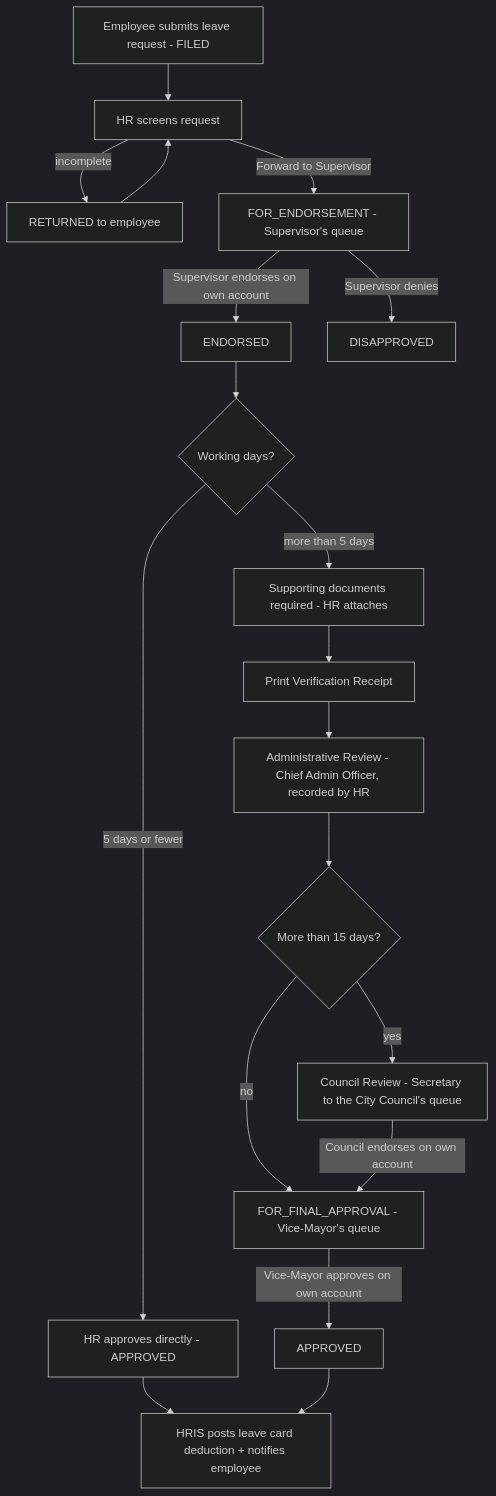
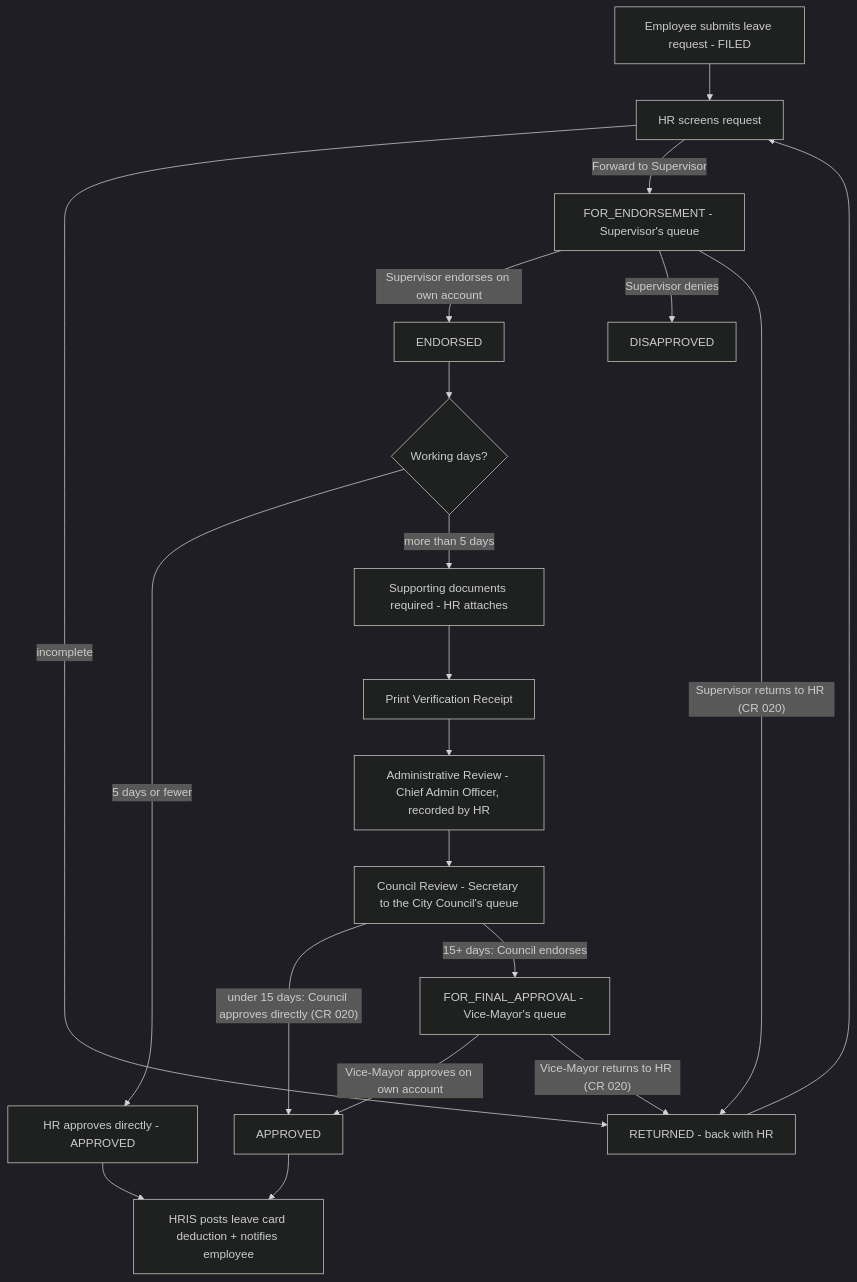
One commit to olseatech/HRIS_WEB01 changed the diagram in docs/leave/LEAVE_PROCESS_FLOW.md. Above: the diagram before and after it, drawn with Mermaid (dark theme). The commit also changed other lines of this file and 15 other files, not shown here.

First line of the commit message:
CR Request ID 020: unified Verified By signatory, Supervisor/VM return-to-HR, Council direct approval

````diff
--- a/docs/leave/LEAVE_PROCESS_FLOW.md
+++ b/docs/leave/LEAVE_PROCESS_FLOW.md
@@ -27,21 +30,22 @@
 ```mermaid
 flowchart TD
     A[Employee submits leave request - FILED] --> B[HR screens request]
-    B -->|incomplete| R[RETURNED to employee]
+    B -->|incomplete| R[RETURNED - back with HR]
     R --> B
     B -->|Forward to Supervisor| C[FOR_ENDORSEMENT - Supervisor's queue]
     C -->|Supervisor endorses on own account| C2[ENDORSED]
     C -->|Supervisor denies| X[DISAPPROVED]
+    C -->|"Supervisor returns to HR (CR 020)"| R
     C2 --> D{Working days?}
     D -->|5 days or fewer| E[HR approves directly - APPROVED]
     D -->|more than 5 days| F[Supporting documents required - HR attaches]
     F --> G[Print Verification Receipt]
     G --> H[Administrative Review - Chief Admin Officer, recorded by HR]
-    H --> I{More than 15 days?}
-    I -->|yes| J[Council Review - Secretary to the City Council's queue]
-    I -->|no| K[FOR_FINAL_APPROVAL - Vice-Mayor's queue]
-    J -->|Council endorses on own account| K
-    K -->|Vice-Mayor approves on own account| L[APPROVED]
+    H --> J[Council Review - Secretary to the City Council's queue]
+    J -->|"under 15 days: Council approves directly (CR 020)"| L[APPROVED]
+    J -->|"15+ days: Council endorses"| K[FOR_FINAL_APPROVAL - Vice-Mayor's queue]
+    K -->|Vice-Mayor approves on own account| L
+    K -->|"Vice-Mayor returns to HR (CR 020)"| R
     E --> M[HRIS posts leave card deduction + notifies employee]
     L --> M
 ```
````
